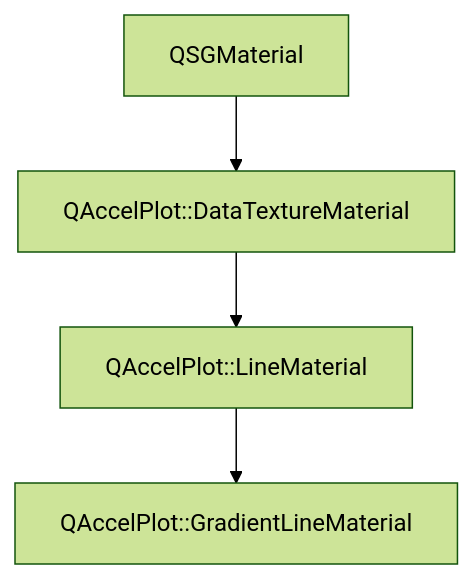
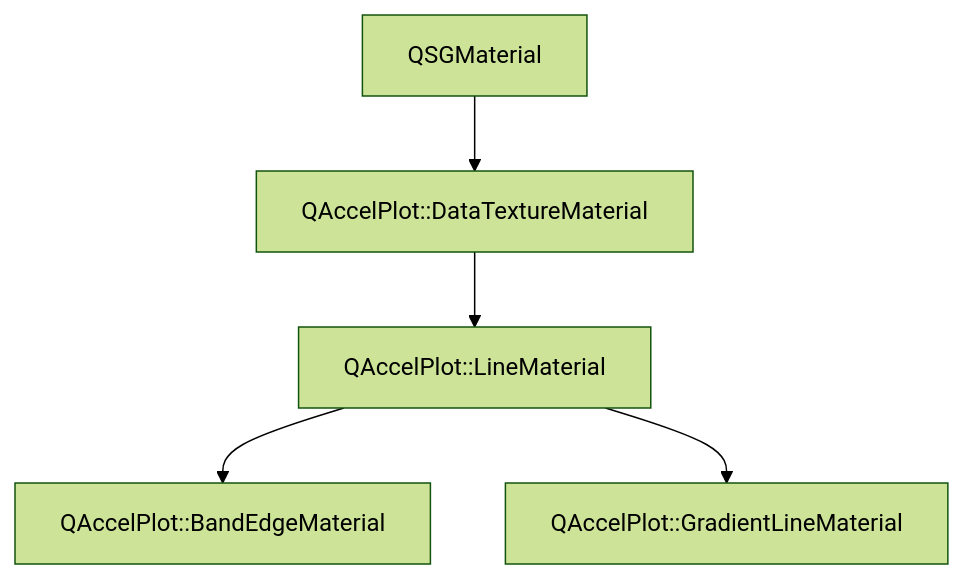
The diagram in main/assets/.doxy/QAccelPlot/api/classQAccelPlot_1_1LineMaterial.md (michalgrabarczyk/QAccelPlot), drawn with Mermaid (forest theme) before and after one commit. The commit also changed other lines of this file and 409 other files, not shown here.

````diff
--- a/main/assets/.doxy/QAccelPlot/api/classQAccelPlot_1_1LineMaterial.md
+++ b/main/assets/.doxy/QAccelPlot/api/classQAccelPlot_1_1LineMaterial.md
@@ -32,16 +32,20 @@
 ```mermaid
 flowchart TB
   classQAccelPlot_1_1LineMaterial["QAccelPlot::LineMaterial"]
 
   classQAccelPlot_1_1DataTextureMaterial["QAccelPlot::DataTextureMaterial"]
   classQAccelPlot_1_1DataTextureMaterial --> classQAccelPlot_1_1LineMaterial
   click classQAccelPlot_1_1DataTextureMaterial "../classQAccelPlot_1_1DataTextureMaterial/" "Open QAccelPlot::DataTextureMaterial"
 
   external_base_classQAccelPlot_1_1DataTextureMaterial_1["QSGMaterial"]
   external_base_classQAccelPlot_1_1DataTextureMaterial_1 --> classQAccelPlot_1_1DataTextureMaterial
 
+  classQAccelPlot_1_1BandEdgeMaterial["QAccelPlot::BandEdgeMaterial"]
+  classQAccelPlot_1_1LineMaterial --> classQAccelPlot_1_1BandEdgeMaterial
+  click classQAccelPlot_1_1BandEdgeMaterial "../classQAccelPlot_1_1BandEdgeMaterial/" "Open QAccelPlot::BandEdgeMaterial"
+
   classQAccelPlot_1_1GradientLineMaterial["QAccelPlot::GradientLineMaterial"]
   classQAccelPlot_1_1LineMaterial --> classQAccelPlot_1_1GradientLineMaterial
   click classQAccelPlot_1_1GradientLineMaterial "../classQAccelPlot_1_1GradientLineMaterial/" "Open QAccelPlot::GradientLineMaterial"
 
 ```
````
